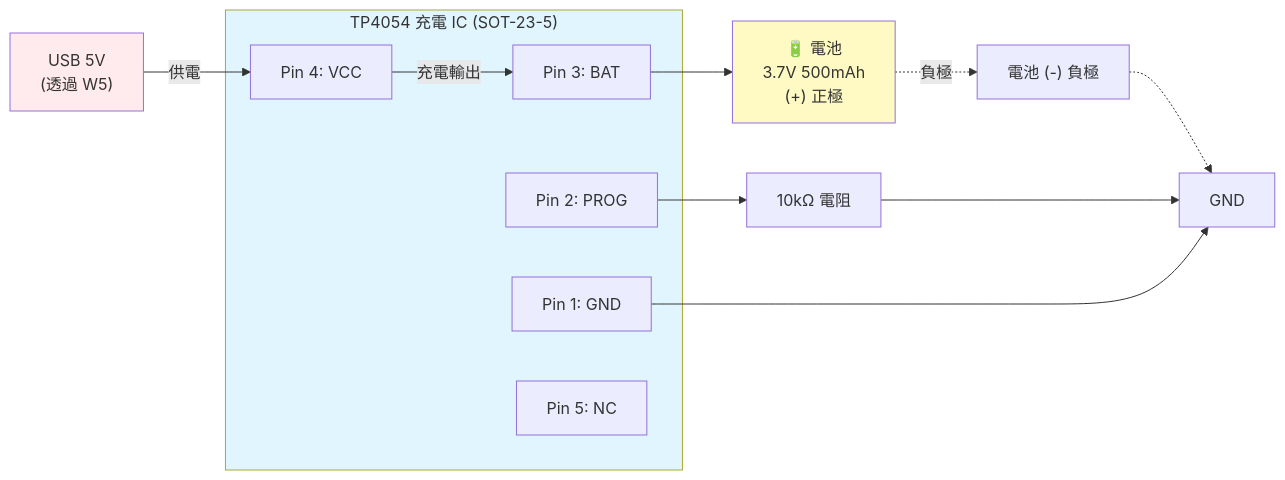
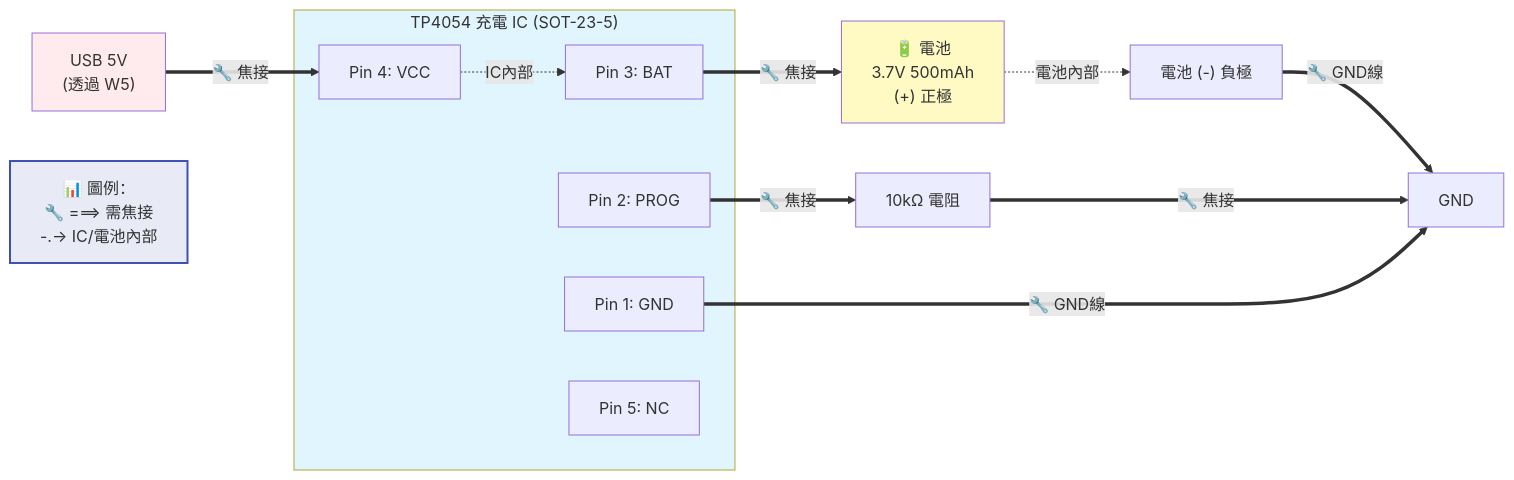
Before and after one commit to DanielYJHsieh/esp32c3: the third of 6 diagrams in battery_management/hardware/WIRING_DIAGRAM.md, drawn with Mermaid. The commit also changed other lines of this file and 1 other file, not shown here.

Commit message:
電路圖新增線條圖例：🔧 粗線表示需焊接的實體線，虛線表示IC內部連接

````diff
--- a/battery_management/hardware/WIRING_DIAGRAM.md
+++ b/battery_management/hardware/WIRING_DIAGRAM.md
@@ -279,23 +279,26 @@
 ```mermaid
 graph LR
     subgraph TP4054["TP4054 充電 IC (SOT-23-5)"]
         PIN1["Pin 1: GND"]
         PIN2["Pin 2: PROG"]
         PIN3["Pin 3: BAT"]
         PIN4["Pin 4: VCC"]
         PIN5["Pin 5: NC"]
     end
     
-    USB["USB 5V<br/>(透過 W5)"] -->|供電| PIN4
-    PIN4 -->|充電輸出| PIN3
-    PIN3 --> BAT["🔋 電池<br/>3.7V 500mAh<br/>(+) 正極"]
-    BAT -.->|負極| BAT_NEG["電池 (-) 負極"]
-    BAT_NEG -.-> GND1["GND"]
-    PIN2 --> R_PROG["10kΩ 電阻"]
-    R_PROG --> GND1
-    PIN1 --> GND1
+    USB["USB 5V<br/>(透過 W5)"] ==>|"🔧 焦接"| PIN4
+    PIN4 -.->|IC內部| PIN3
+    PIN3 ==>|"🔧 焦接"| BAT["🔋 電池<br/>3.7V 500mAh<br/>(+) 正極"]
+    BAT -.->|電池內部| BAT_NEG["電池 (-) 負極"]
+    BAT_NEG ==>|"🔧 GND線"| GND1["GND"]
+    PIN2 ==>|"🔧 焦接"| R_PROG["10kΩ 電阻"]
+    R_PROG ==>|"🔧 焦接"| GND1
+    PIN1 ==>|"🔧 GND線"| GND1
     
+    LEGEND["📊 圖例：<br/>🔧 ===> 需焦接<br/>-.-> IC/電池內部"]:::legendStyle
+    
+    classDef legendStyle fill:#e8eaf6,stroke:#3f51b5,stroke-width:2px
     style TP4054 fill:#e1f5ff
     style BAT fill:#fff9c4
     style USB fill:#ffebee
 ```
````
